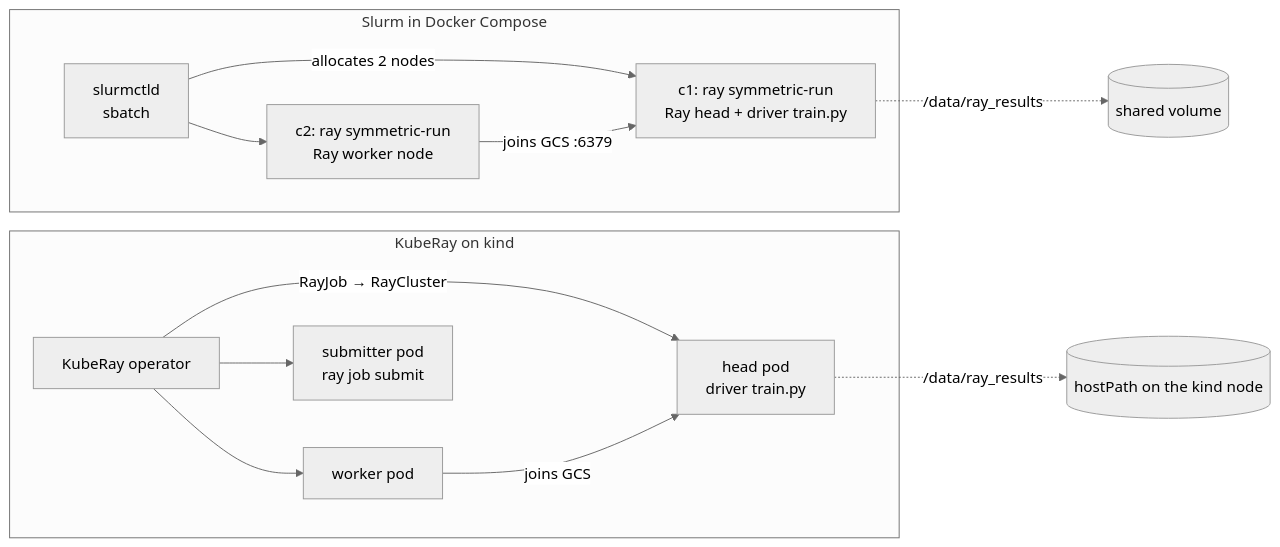
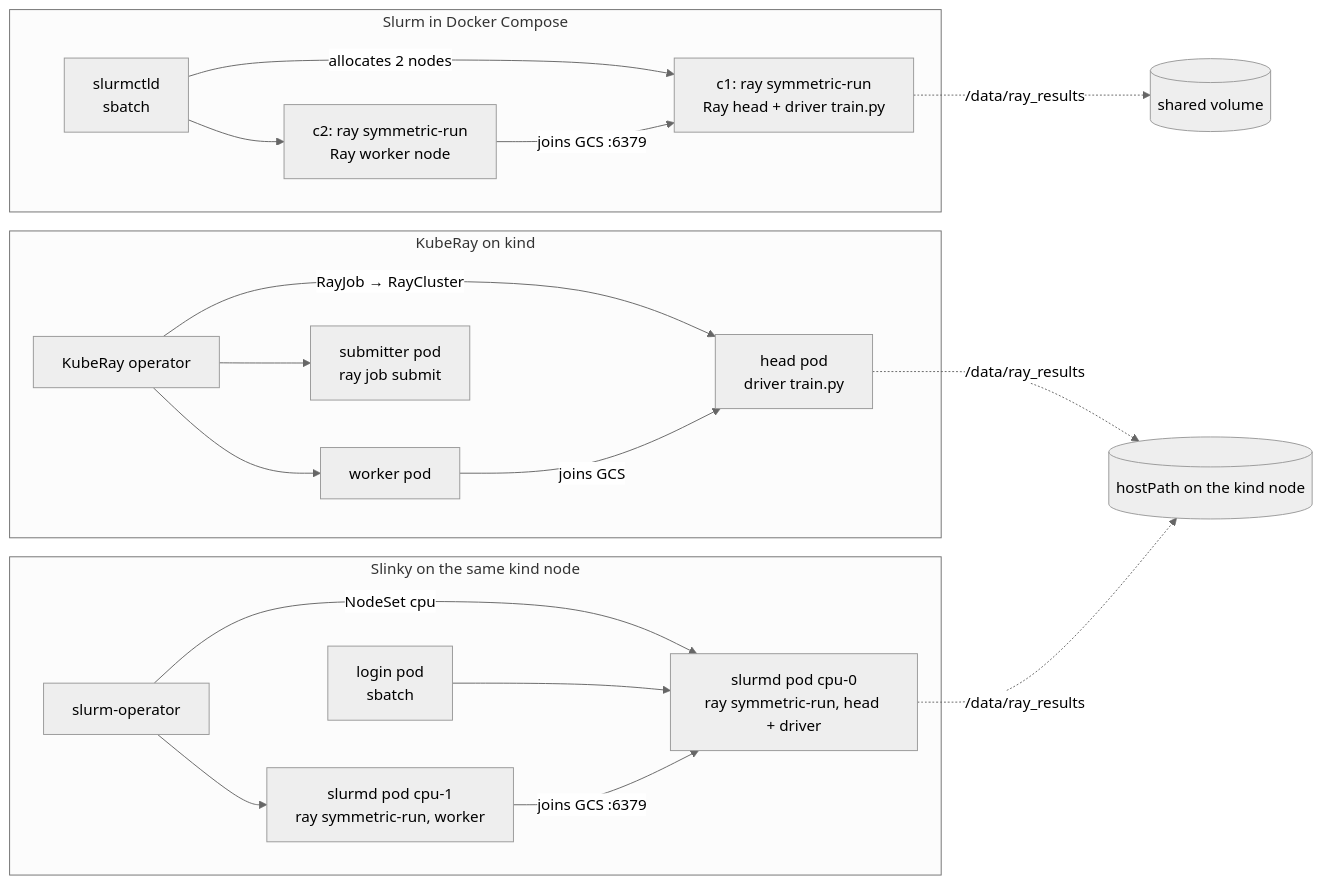
The diagram in README.md (ZionOchayon/ray-slurm-vs-kuberay), drawn with Mermaid (neutral theme) before and after one commit. The commit also changed other lines of this file and 1 other file, not shown here.

First line of the commit message:
docs: README and notes for v0.3 (Slinky and observability)

````diff
--- a/README.md
+++ b/README.md
@@ -58,16 +76,23 @@
 ```mermaid
 flowchart LR
   subgraph slurm["Slurm in Docker Compose"]
     ctld["slurmctld<br/>sbatch"] -->|"allocates 2 nodes"| s1["c1: ray symmetric-run<br/>Ray head + driver train.py"]
     ctld --> s2["c2: ray symmetric-run<br/>Ray worker node"]
     s2 -->|"joins GCS :6379"| s1
   end
   subgraph kind["KubeRay on kind"]
     op["KubeRay operator"] -->|"RayJob → RayCluster"| head["head pod<br/>driver train.py"]
     op --> wk["worker pod"]
     op --> sub["submitter pod<br/>ray job submit"]
     wk -->|"joins GCS"| head
   end
+  subgraph slinky["Slinky on the same kind node"]
+    sop["slurm-operator"] -->|"NodeSet cpu"| p1["slurmd pod cpu-0<br/>ray symmetric-run, head + driver"]
+    sop --> p2["slurmd pod cpu-1<br/>ray symmetric-run, worker"]
+    login["login pod<br/>sbatch"] --> p1
+    p2 -->|"joins GCS :6379"| p1
+  end
   s1 -.->|"/data/ray_results"| vol[("shared volume")]
   head -.->|"/data/ray_results"| hp[("hostPath on the kind node")]
+  p1 -.->|"/data/ray_results"| hp
 ```
````
